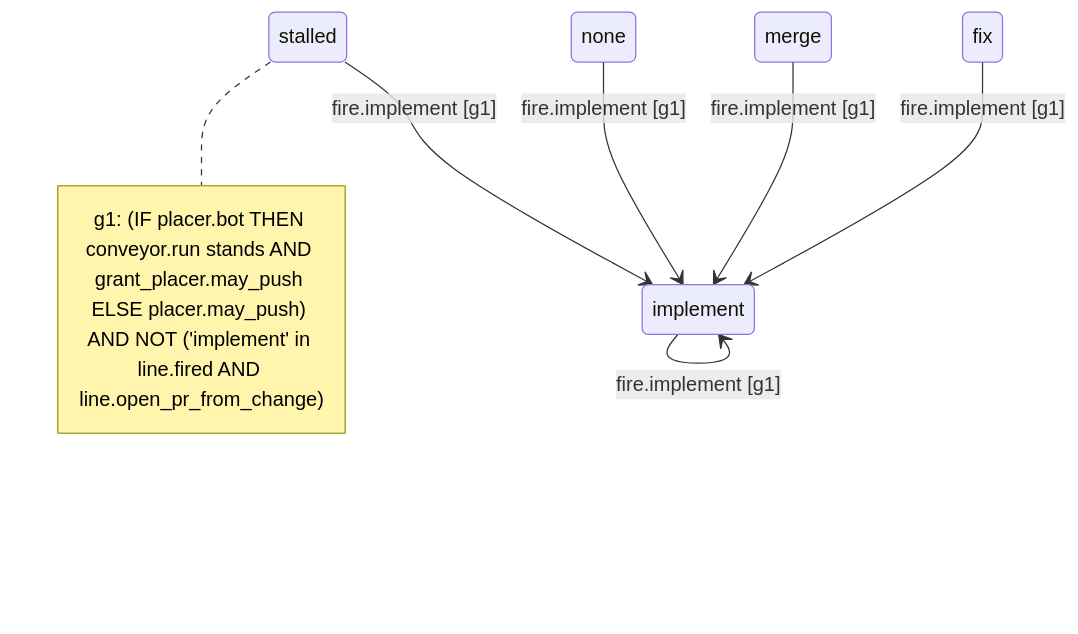
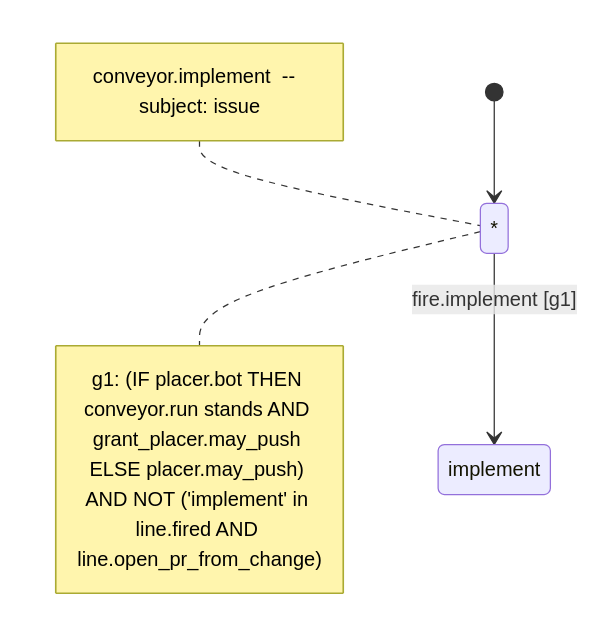
One commit to kostiantyn-matsebora/agent-ops-operator changed the diagram in .github/conveyor-model/mermaid/conveyor_implement.mmd. Above: the diagram before and after it, drawn with Mermaid. The commit also changed 9 other files, not shown here.

```diff
--- a/.github/conveyor-model/mermaid/conveyor_implement.mmd
+++ b/.github/conveyor-model/mermaid/conveyor_implement.mmd
@@ -1,15 +1,15 @@
 stateDiagram-v2
-    %% no single initial state: this conveyor's real trigger fires identically from most of its own states once its guard holds
+    [*] --> any_state
+    note left of any_state
+        conveyor.implement  --  subject: issue
+    end note
+    state "*" as any_state
     state none
     state implement
     state fix
     state merge
     state stalled
-    fix --> implement : fire.implement [g1]
-    implement --> implement : fire.implement [g1]
-    merge --> implement : fire.implement [g1]
-    none --> implement : fire.implement [g1]
-    stalled --> implement : fire.implement [g1]
-    note right of stalled
+    any_state --> implement : fire.implement [g1]
+    note right of any_state
         g1: (IF placer.bot THEN conveyor.run stands AND grant_placer.may_push ELSE placer.may_push) AND NOT ('implement' in line.fired AND line.open_pr_from_change)
     end note
```
